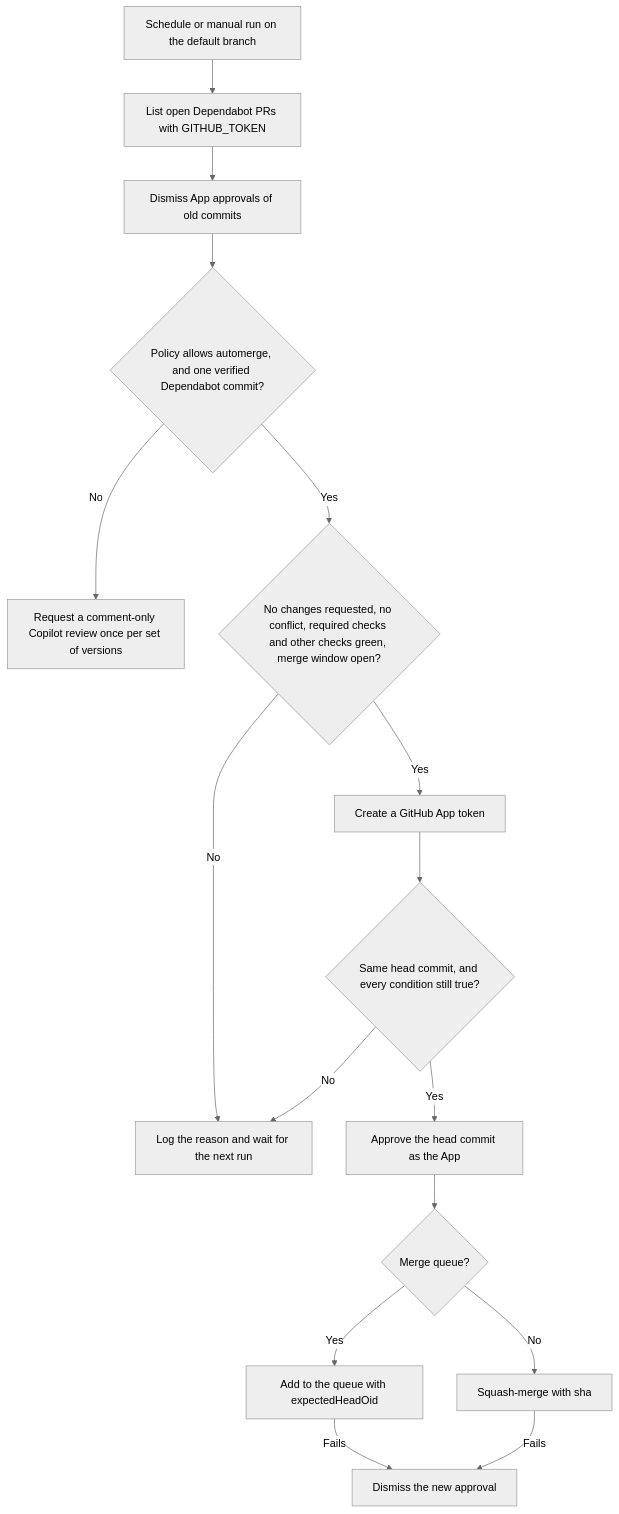
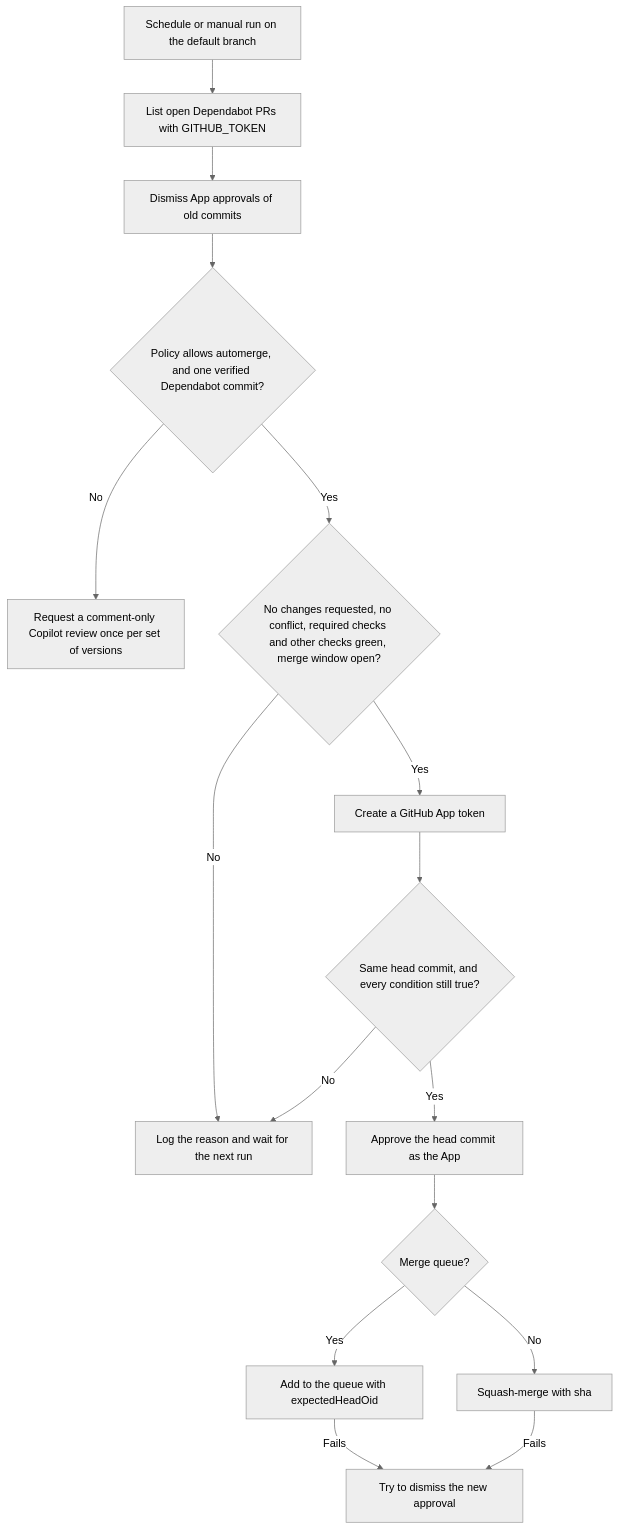
One commit to navikt/teamesyfo-github-actions-workflows changed the diagram in docs/dependabot-automerge.md. Above: the diagram before and after it, drawn with Mermaid (neutral theme). The commit also changed other lines of this file and 2 other files, not shown here.

````diff
--- a/docs/dependabot-automerge.md
+++ b/docs/dependabot-automerge.md
@@ -74,18 +74,18 @@
 ```mermaid
 flowchart TD
     A[Schedule or manual run on the default branch] --> B[List open Dependabot PRs with GITHUB_TOKEN]
     B --> S[Dismiss App approvals of old commits]
     S --> C{Policy allows automerge, and one verified Dependabot commit?}
     C -->|No| D[Request a comment-only Copilot review once per set of versions]
     C -->|Yes| E{No changes requested, no conflict, required checks and other checks green, merge window open?}
     E -->|No| F[Log the reason and wait for the next run]
     E -->|Yes| J[Create a GitHub App token]
     J --> R{Same head commit, and every condition still true?}
     R -->|No| F
     R -->|Yes| G[Approve the head commit as the App]
     G --> K{Merge queue?}
     K -->|Yes| L[Add to the queue with expectedHeadOid]
     K -->|No| M[Squash-merge with sha]
-    L -->|Fails| I[Dismiss the new approval]
+    L -->|Fails| I[Try to dismiss the new approval]
     M -->|Fails| I
 ```
````
